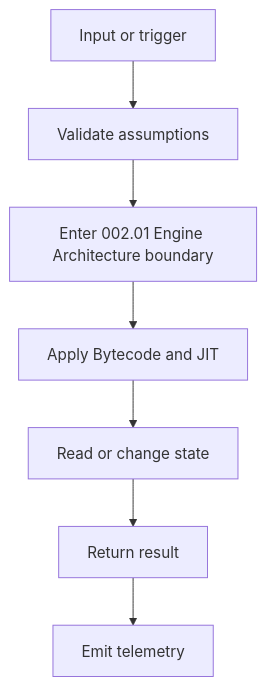
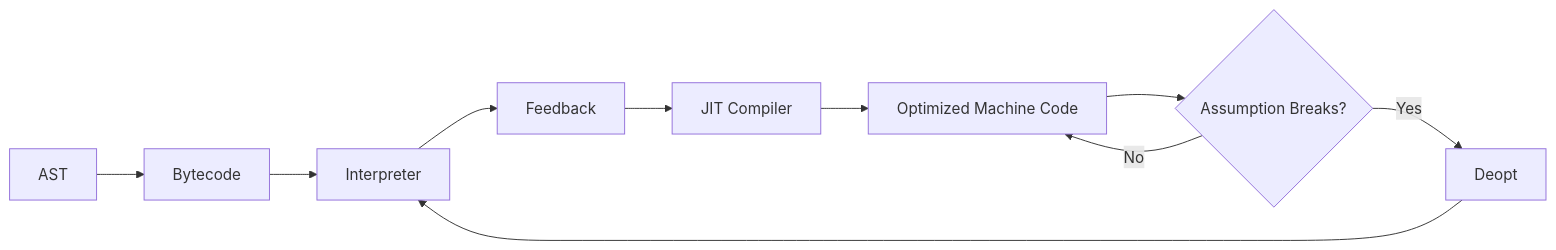
Before and after one commit to AjayPrajapat/Interview: the third of 4 diagrams in 002. JavaScript Internals/002.01 Engine Architecture/002.01.02 Bytecode and JIT/README.md, drawn with Mermaid. The commit also changed other lines of this file and 5 other files, not shown here.

````diff
--- a/002. JavaScript Internals/002.01 Engine Architecture/002.01.02 Bytecode and JIT/README.md
+++ b/002. JavaScript Internals/002.01 Engine Architecture/002.01.02 Bytecode and JIT/README.md
@@ -453,9 +1201,12 @@
 ```mermaid
-flowchart TD
-  A[Input or trigger] --> B[Validate assumptions]
-  B --> C[Enter 002.01 Engine Architecture boundary]
-  C --> D[Apply Bytecode and JIT]
-  D --> E[Read or change state]
-  E --> F[Return result]
-  F --> G[Emit telemetry]
+flowchart LR
+  A["AST"] --> B["Bytecode"]
+  B --> C["Interpreter"]
+  C --> D["Feedback"]
+  D --> E["JIT Compiler"]
+  E --> F["Optimized Machine Code"]
+  F --> G{"Assumption Breaks?"}
+  G -->|Yes| H["Deopt"]
+  H --> C
+  G -->|No| F
 ```
````
